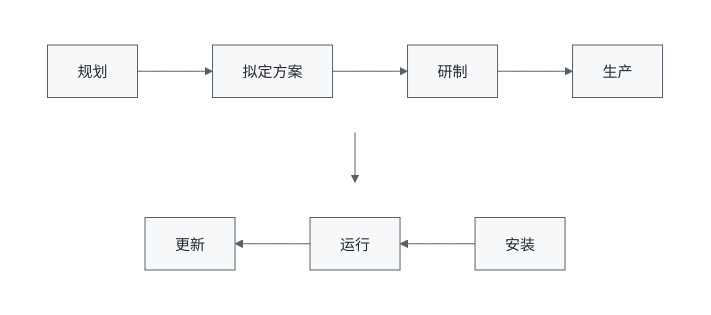
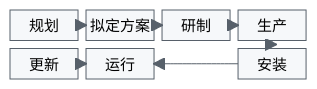
The third of 7 diagrams in 01_综合知识/02_系统工程与信息系统基础/02_系统工程方法/霍尔三维结构.md (74262195/system-architect-notes), drawn with Mermaid before and after one commit. The commit also changed other lines of this file and 2 other files, not shown here.

Commit message:
fix: 修正霍尔三维结构流程图排版

````diff
--- a/01_综合知识/02_系统工程与信息系统基础/02_系统工程方法/霍尔三维结构.md
+++ b/01_综合知识/02_系统工程与信息系统基础/02_系统工程方法/霍尔三维结构.md
@@ -133,16 +118,14 @@
 ```mermaid
 %%{init: {"theme":"base","themeVariables":{"fontSize":"15px","primaryColor":"#f6f8fa","primaryTextColor":"#24292f","primaryBorderColor":"#57606a","lineColor":"#57606a","secondaryColor":"#ffffff","tertiaryColor":"#ffffff","edgeLabelBackground":"#ffffff"}}}%%
-flowchart TB
-    subgraph row1[" "]
-        direction LR
-        A["规划"] --> B["拟定方案"] --> C["研制"] --> D["生产"]
-    end
-    subgraph row2[" "]
-        direction RL
-        E["安装"] --> F["运行"] --> G["更新"]
-    end
-    row1 --> row2
+block-beta
+    columns 4
+    A["规划"] B["拟定方案"] C["研制"] D["生产"]
+    G["更新"] F["运行"] space E["安装"]
 
-    style row1 fill:transparent,stroke:transparent
-    style row2 fill:transparent,stroke:transparent
+    A --> B
+    B --> C
+    C --> D
+    D --> E
+    E --> F
+    F --> G
 ```
````
